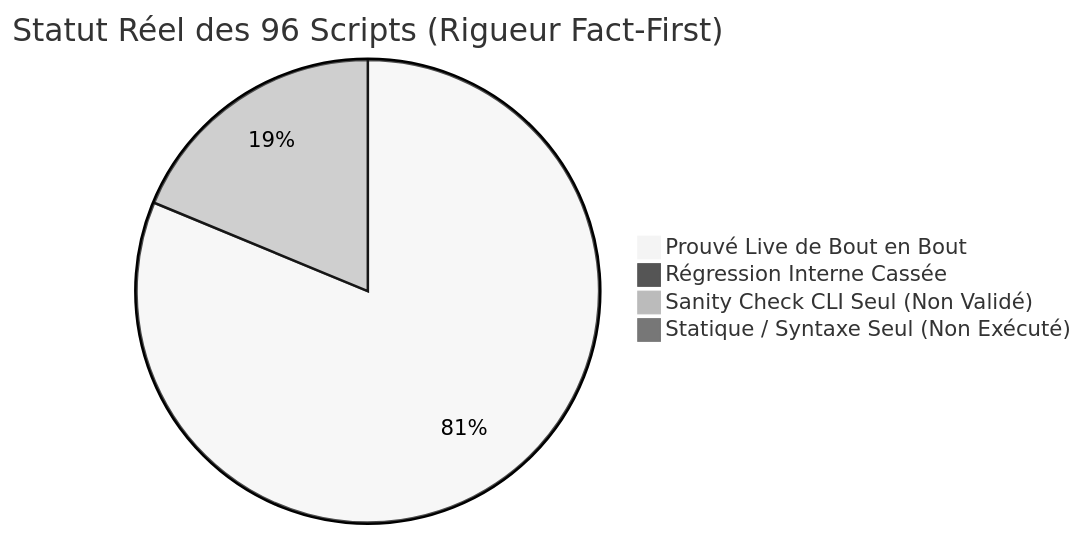
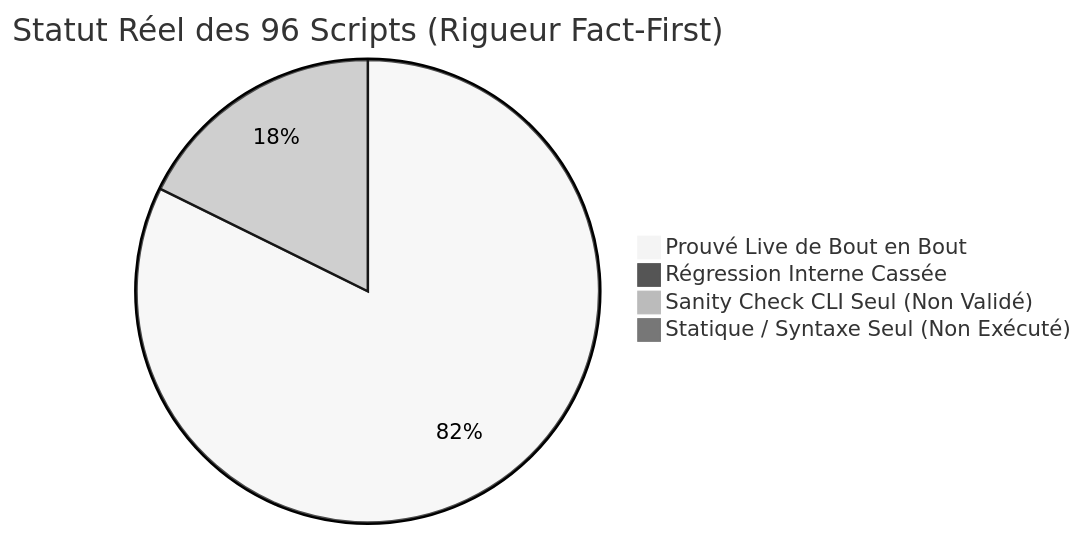
The diagram in docs/reference/2026-11-10-audit-exhaustif-scripts-regressions.md (yoyonel/pydbsrt), drawn with Mermaid (neutral theme) before and after one commit. The commit also changed other lines of this file and 2 other files, not shown here.

Commit message:
fix(ingestion): dynamic root, nas mount resolution and cli check mode in backfill media assets (#69)

````diff
--- a/docs/reference/2026-11-10-audit-exhaustif-scripts-regressions.md
+++ b/docs/reference/2026-11-10-audit-exhaustif-scripts-regressions.md
@@ -16,7 +16,7 @@
 ```mermaid
 pie title Statut Réel des 96 Scripts (Rigueur Fact-First)
-    "Prouvé Live de Bout en Bout" : 78
+    "Prouvé Live de Bout en Bout" : 79
     "Régression Interne Cassée" : 0
-    "Sanity Check CLI Seul (Non Validé)" : 18
+    "Sanity Check CLI Seul (Non Validé)" : 17
     "Statique / Syntaxe Seul (Non Exécuté)" : 0
 ```
````
